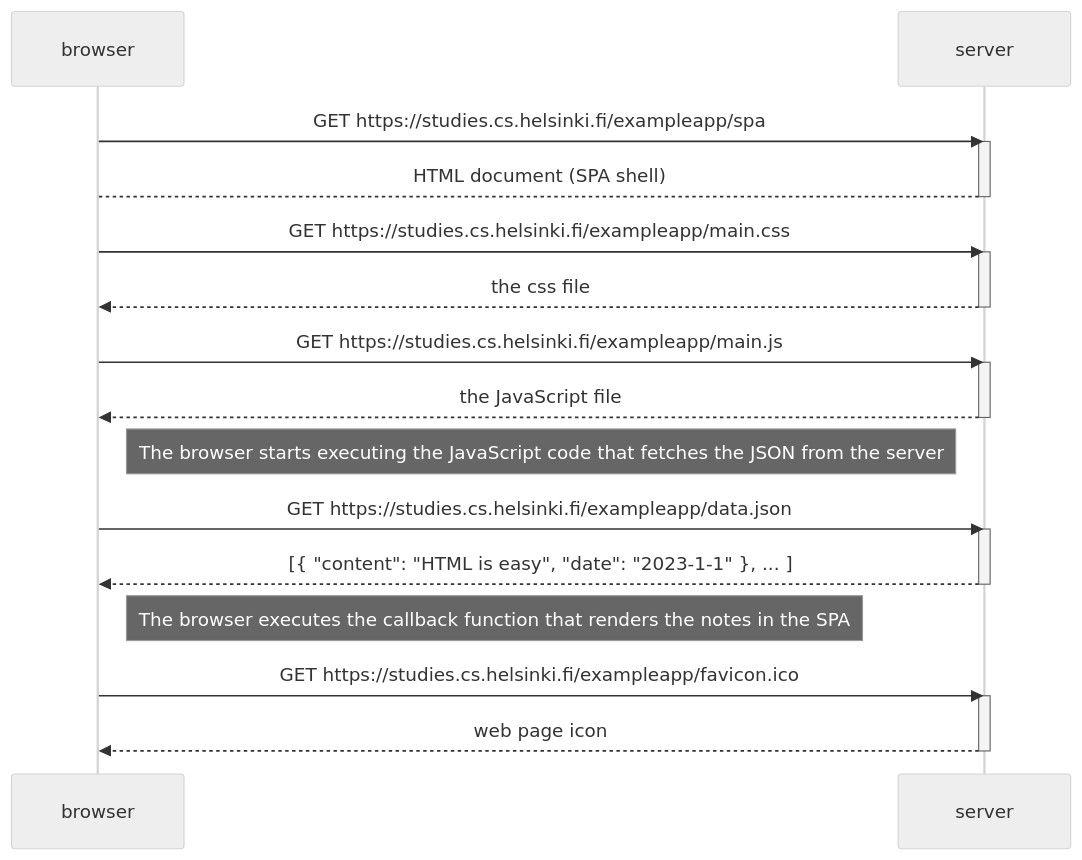
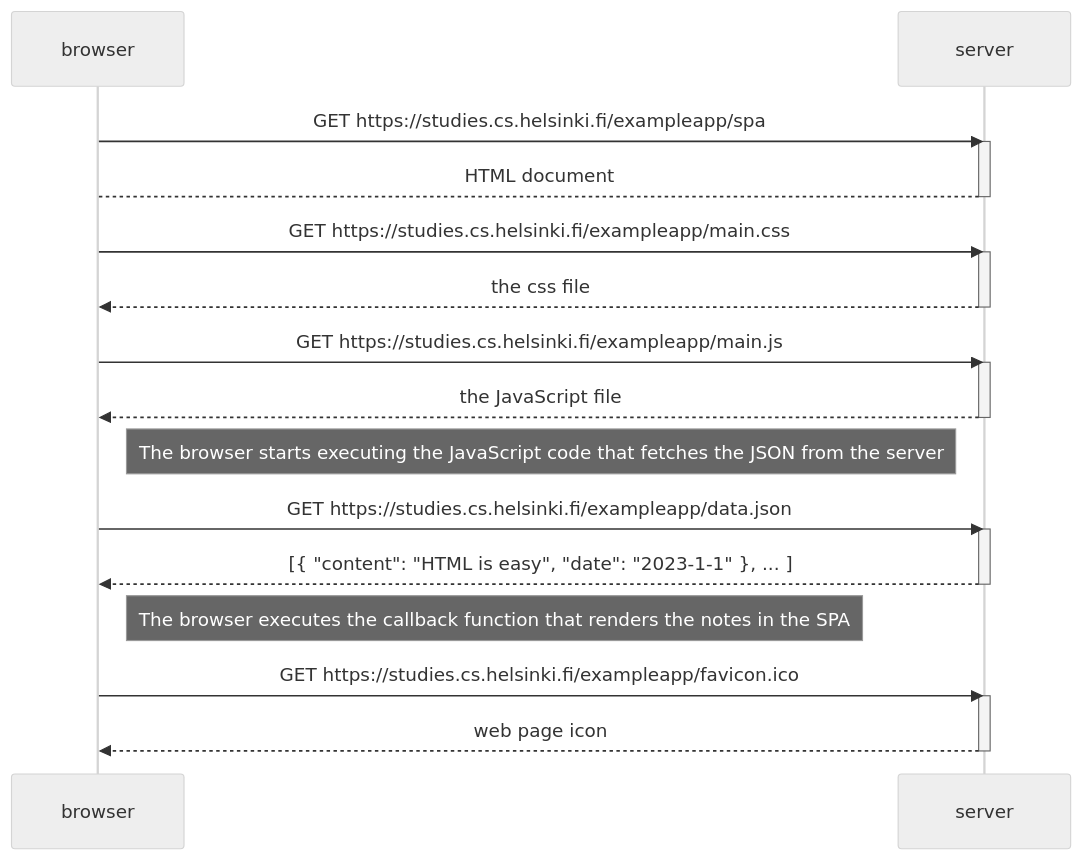
One commit to LukaszZubek/fullstackopen-Zubek-4b changed the diagram in Part0/05.md. Above: the diagram before and after it, drawn with Mermaid (neutral theme).

Commit message:
Update 05.md
git

````diff
--- a/Part0/05.md
+++ b/Part0/05.md
@@ -1,35 +1,35 @@
 ```mermaid
     sequenceDiagram
     participant browser
     participant server
 
     
     browser->>server: GET https://studies.cs.helsinki.fi/exampleapp/spa
     activate server
-    server-->browser: HTML document (SPA shell)
+    server-->browser: HTML document
     deactivate server
 
     browser->>server: GET https://studies.cs.helsinki.fi/exampleapp/main.css
     activate server
     server-->>browser: the css file
     deactivate server
 
     browser->>server: GET https://studies.cs.helsinki.fi/exampleapp/main.js
     activate server
     server-->>browser: the JavaScript file
     deactivate server
 
     Note right of browser: The browser starts executing the JavaScript code that fetches the JSON from the server
 
     browser->>server: GET https://studies.cs.helsinki.fi/exampleapp/data.json
     activate server
     server-->>browser: [{ "content": "HTML is easy", "date": "2023-1-1" }, ... ]
     deactivate server
 
     Note right of browser: The browser executes the callback function that renders the notes in the SPA
     
     browser->>server: GET https://studies.cs.helsinki.fi/exampleapp/favicon.ico
     activate server
     server-->>browser: web page icon
     deactivate server
 ```
````
